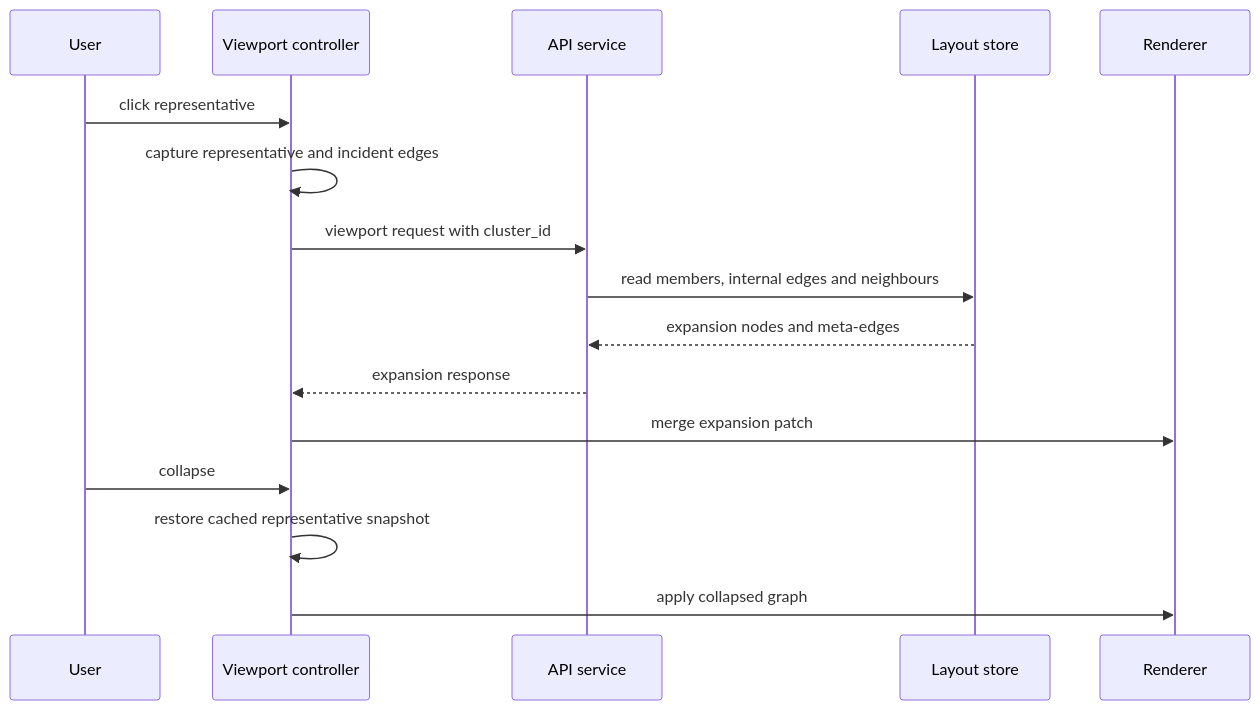
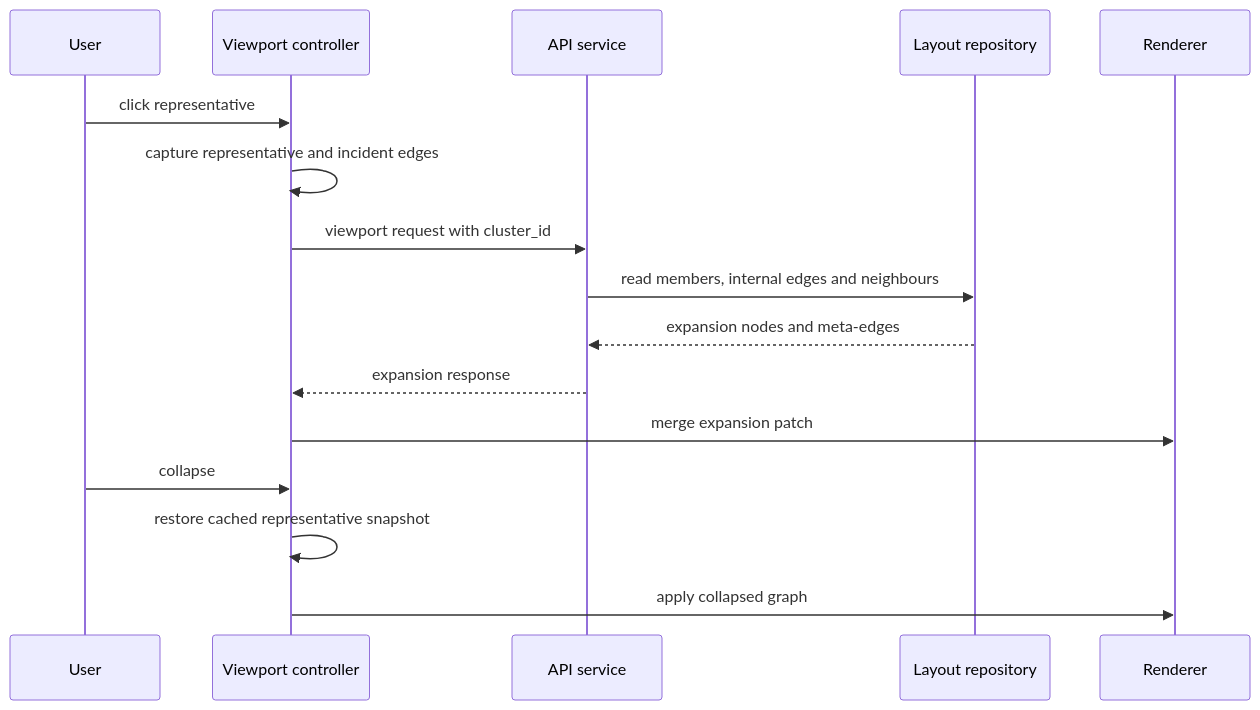
The fifth of 5 diagrams in docs/flow.md (phyloviz/phylo-lens), drawn with Mermaid before and after one commit. The commit also changed other lines of this file and 9 other files, not shown here.

````diff
--- a/docs/flow.md
+++ b/docs/flow.md
@@ -127,20 +134,20 @@
 ```mermaid
 sequenceDiagram
   participant U as User
   participant C as Viewport controller
   participant A as API service
-  participant S as Layout store
+  participant S as Layout repository
   participant R as Renderer
 
   U->>C: click representative
   C->>C: capture representative and incident edges
   C->>A: viewport request with cluster_id
   A->>S: read members, internal edges and neighbours
   S-->>A: expansion nodes and meta-edges
   A-->>C: expansion response
   C->>R: merge expansion patch
 
   U->>C: collapse
   C->>C: restore cached representative snapshot
   C->>R: apply collapsed graph
 ```
````
